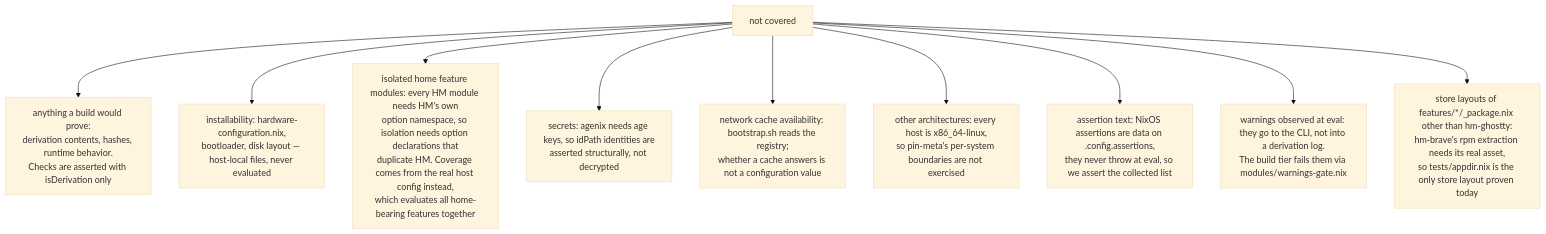
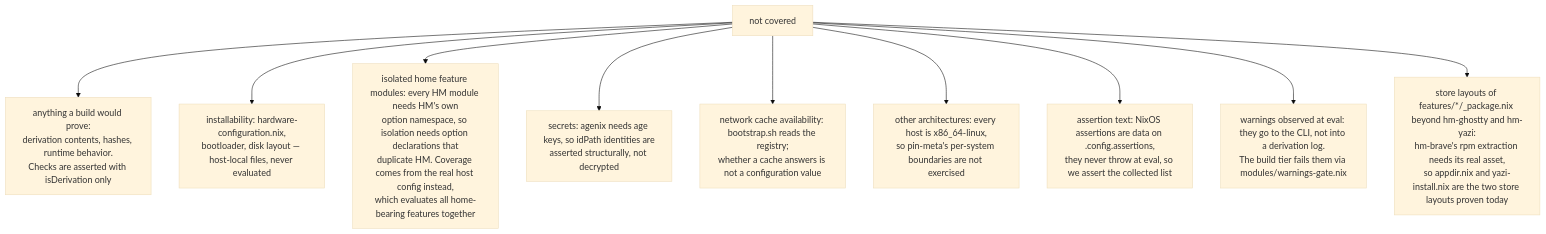
One commit to WombatFromHell/automatic-palm-tree changed the fifth of 5 diagrams in TEST_DESIGN.md. Above: the diagram before and after it, drawn with Mermaid (base theme). The commit also changed other lines of this file and 38 other files, not shown here.

````diff
--- a/TEST_DESIGN.md
+++ b/TEST_DESIGN.md
@@ -250,12 +272,12 @@
 ```mermaid
 flowchart TD
   N["not covered"] --> N1["anything a build would prove:<br/>derivation contents, hashes, runtime behavior.<br/>Checks are asserted with isDerivation only"]
   N --> N2["installability: hardware-configuration.nix,<br/>bootloader, disk layout — host-local files, never evaluated"]
   N --> N3["isolated home feature modules: every HM module needs HM's own<br/>option namespace, so isolation needs option declarations that<br/>duplicate HM. Coverage comes from the real host config instead,<br/>which evaluates all home-bearing features together"]
   N --> N4["secrets: agenix needs age keys, so idPath identities are<br/>asserted structurally, not decrypted"]
   N --> N5["network cache availability: bootstrap.sh reads the registry;<br/>whether a cache answers is not a configuration value"]
   N --> N6["other architectures: every host is x86_64-linux,<br/>so pin-meta's per-system boundaries are not exercised"]
   N --> N7["assertion text: NixOS assertions are data on .config.assertions,<br/>they never throw at eval, so we assert the collected list"]
   N --> N8["warnings observed at eval: they go to the CLI, not into a derivation log.<br/>The build tier fails them via modules/warnings-gate.nix"]
-  N --> N9["store layouts of features/*/_package.nix other than hm-ghostty:<br/>hm-brave's rpm extraction needs its real asset,<br/>so tests/appdir.nix is the only store layout proven today"]
+  N --> N9["store layouts of features/*/_package.nix beyond hm-ghostty and hm-yazi:<br/>hm-brave's rpm extraction needs its real asset,<br/>so appdir.nix and yazi-install.nix are the two store layouts proven today"]
 ```
````
